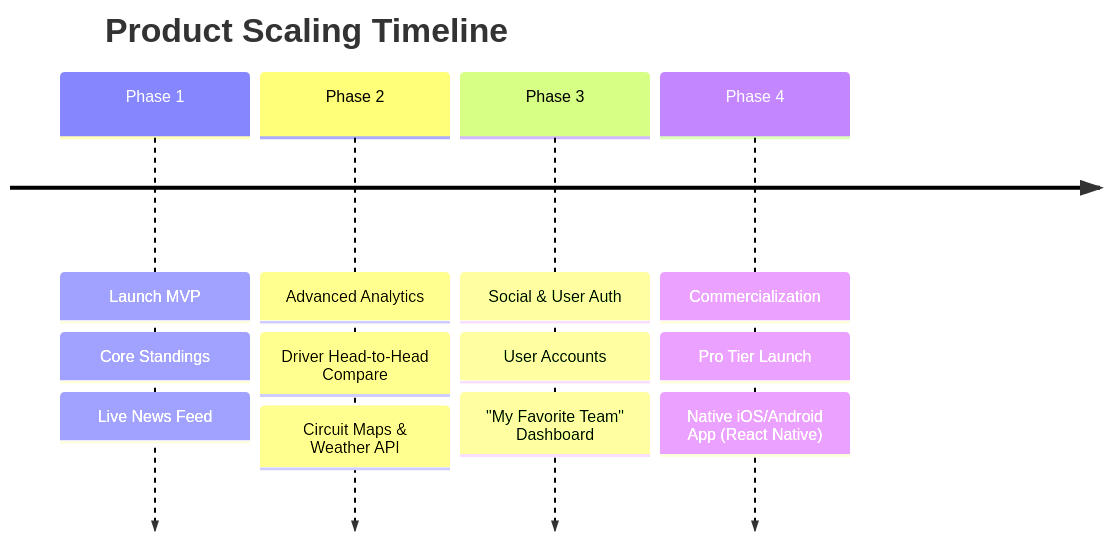
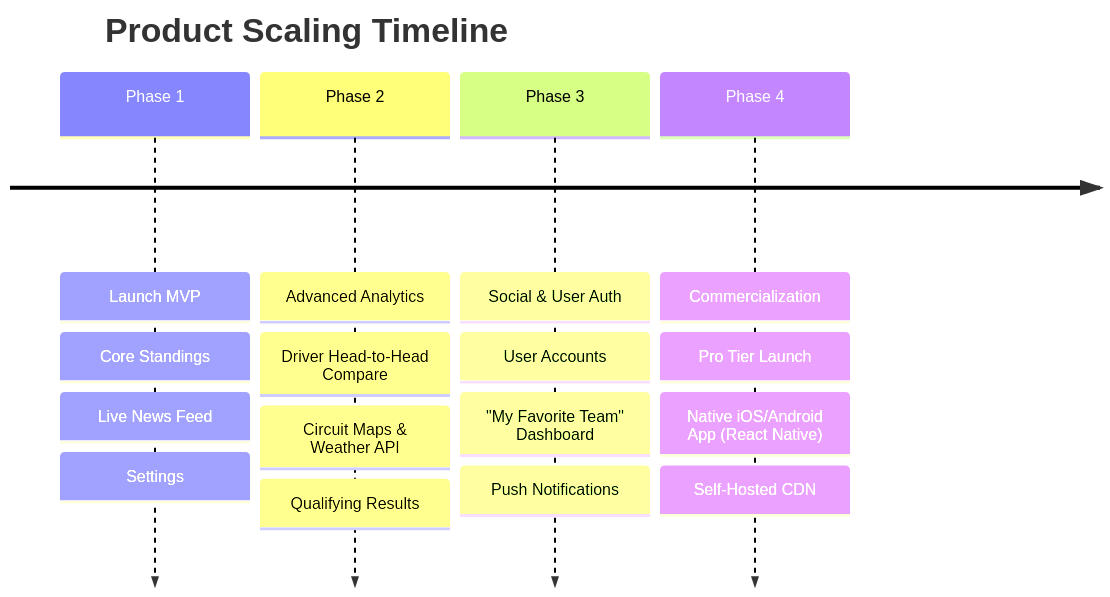
One commit to Kiiirtan/f1-stats-app changed the third of 3 diagrams in docs/pitch_deck.md. Above: the diagram before and after it, drawn with Mermaid. The commit also changed other lines of this file and 69 other files, not shown here.

````diff
--- a/docs/pitch_deck.md
+++ b/docs/pitch_deck.md
@@ -87,8 +117,8 @@
 ```mermaid
 timeline
     title Product Scaling Timeline
-    Phase 1 : Launch MVP : Core Standings : Live News Feed
-    Phase 2 : Advanced Analytics : Driver Head-to-Head Compare : Circuit Maps & Weather API
-    Phase 3 : Social & User Auth : User Accounts : "My Favorite Team" Dashboard
-    Phase 4 : Commercialization : Pro Tier Launch : Native iOS/Android App (React Native)
+    Phase 1 : Launch MVP : Core Standings : Live News Feed : Settings
+    Phase 2 : Advanced Analytics : Driver Head-to-Head Compare : Circuit Maps & Weather API : Qualifying Results
+    Phase 3 : Social & User Auth : User Accounts : "My Favorite Team" Dashboard : Push Notifications
+    Phase 4 : Commercialization : Pro Tier Launch : Native iOS/Android App (React Native) : Self-Hosted CDN
 ```
````
